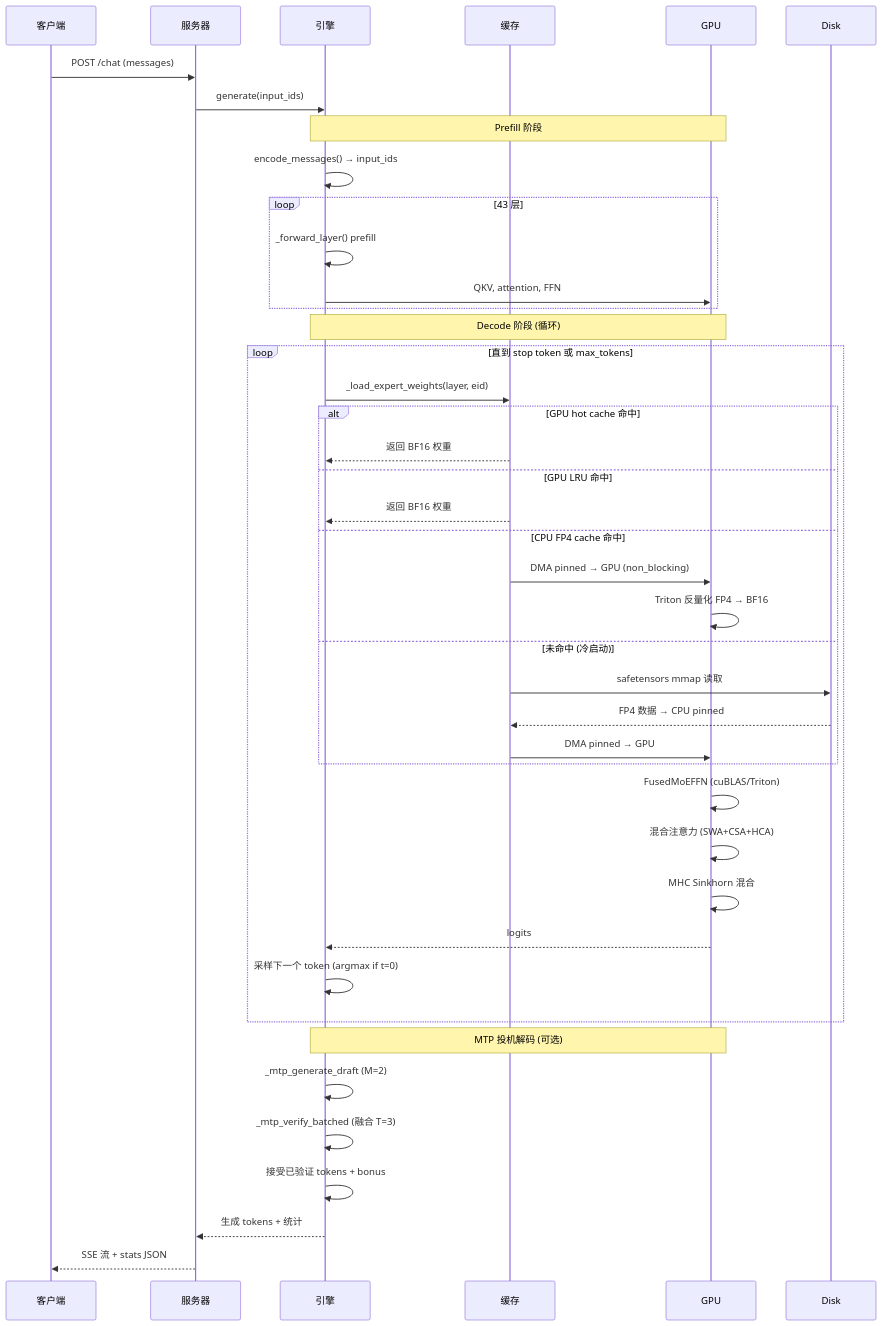
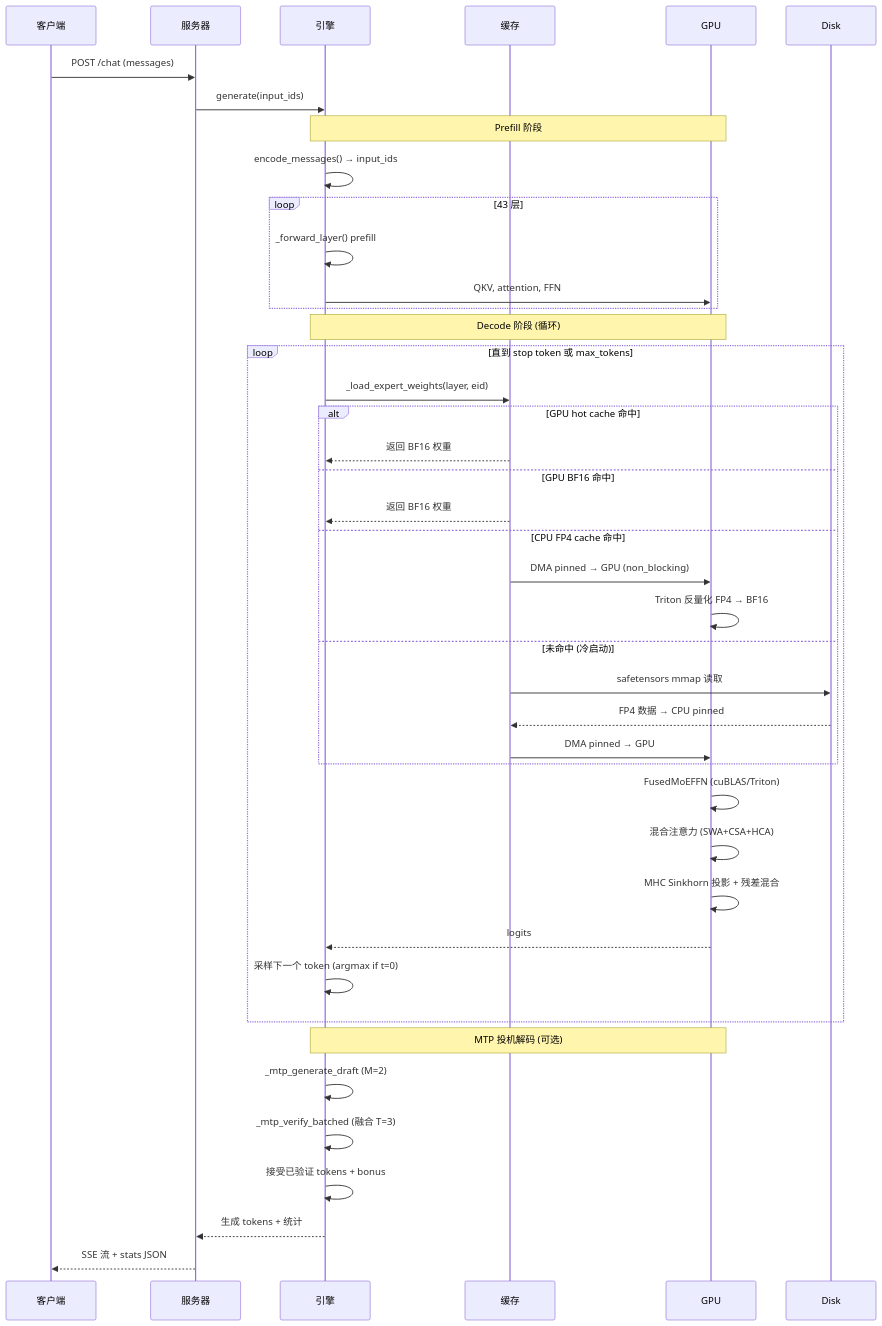
The second of 3 diagrams in README.md (QingGo/home-seek), drawn with Mermaid before and after one commit. The commit also changed other lines of this file and 1 other file, not shown here.

````diff
--- a/README.md
+++ b/README.md
@@ -81,48 +81,48 @@
 ```mermaid
 sequenceDiagram
     participant C as 客户端
     participant S as 服务器
     participant E as 引擎
     participant CA as 缓存
     participant GPU as GPU
 
     C->>S: POST /chat (messages)
     S->>E: generate(input_ids)
 
     Note over E,GPU: Prefill 阶段
     E->>E: encode_messages() → input_ids
     loop 43 层
         E->>E: _forward_layer() prefill
         E->>GPU: QKV, attention, FFN
     end
 
     Note over E,GPU: Decode 阶段 (循环)
     loop 直到 stop token 或 max_tokens
         E->>CA: _load_expert_weights(layer, eid)
         alt GPU hot cache 命中
             CA-->>E: 返回 BF16 权重
-        else GPU LRU 命中
+        else GPU BF16 命中
             CA-->>E: 返回 BF16 权重
         else CPU FP4 cache 命中
             CA->>GPU: DMA pinned → GPU (non_blocking)
             GPU->>GPU: Triton 反量化 FP4 → BF16
         else 未命中 (冷启动)
             CA->>Disk: safetensors mmap 读取
             Disk-->>CA: FP4 数据 → CPU pinned
             CA->>GPU: DMA pinned → GPU
         end
         GPU->>GPU: FusedMoEFFN (cuBLAS/Triton)
         GPU->>GPU: 混合注意力 (SWA+CSA+HCA)
-        GPU->>GPU: MHC Sinkhorn 混合
+        GPU->>GPU: MHC Sinkhorn 投影 + 残差混合
         GPU-->>E: logits
         E->>E: 采样下一个 token (argmax if t=0)
     end
 
     Note over E,GPU: MTP 投机解码 (可选)
     E->>E: _mtp_generate_draft (M=2)
     E->>E: _mtp_verify_batched (融合 T=3)
     E->>E: 接受已验证 tokens + bonus
 
     E-->>S: 生成 tokens + 统计
     S-->>C: SSE 流 + stats JSON
 ```
````
